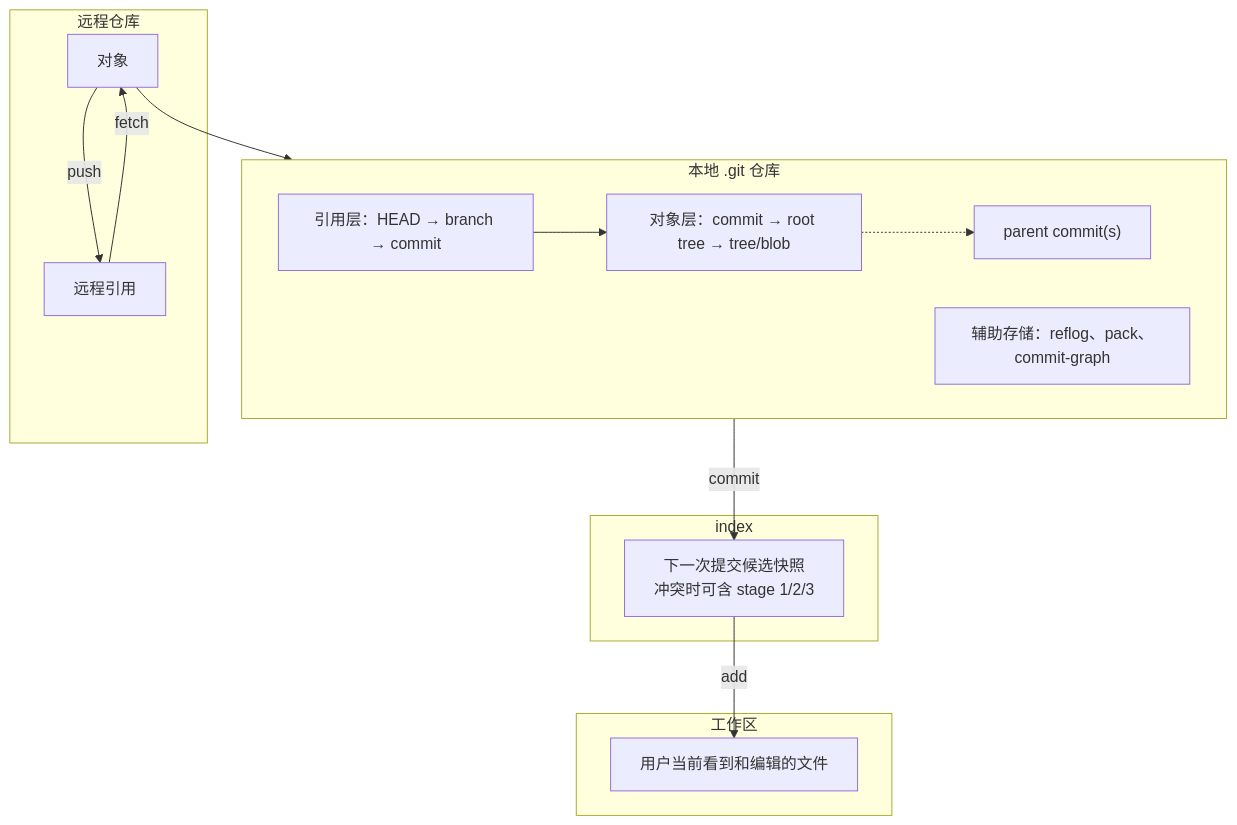
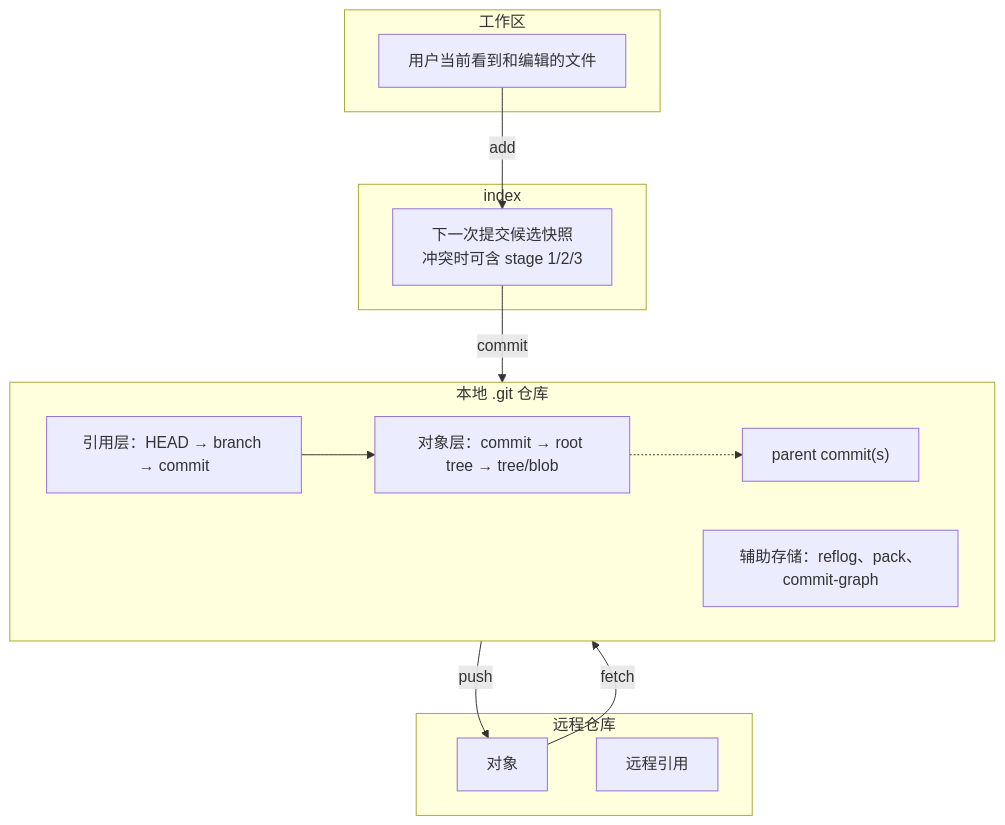
Before and after one commit to WinriseF/2025-blog-public: diagram 45 of 47 in public/blogs/git-principles-from-commit-to-mastery/index.md, drawn with Mermaid. The commit also changed other lines of this file and 3 other files, not shown here.

````diff
--- a/public/blogs/git-principles-from-commit-to-mastery/index.md
+++ b/public/blogs/git-principles-from-commit-to-mastery/index.md
@@ -2057,29 +2056,28 @@
 ```mermaid
 flowchart TD
   subgraph 远程仓库
     remote_objects["对象"]
     remote_refs["远程引用"]
   end
-  remote_refs -- fetch --> remote_objects
-  remote_objects -- push --> remote_refs
+  remote_objects -- fetch --> dotgit
+  dotgit -- push --> remote_objects
 
   subgraph dotgit["本地 .git 仓库"]
     ref_layer["引用层：HEAD → branch → commit"]
     obj_layer["对象层：commit → root tree → tree/blob"]
     obj_layer -.-> parent["parent commit(s)"]
     ref_layer --> obj_layer
     aux["辅助存储：reflog、pack、commit-graph"]
   end
 
   subgraph index_layer["index"]
     idx["下一次提交候选快照<br/>冲突时可含 stage 1/2/3"]
   end
 
   subgraph work_layer["工作区"]
     ws["用户当前看到和编辑的文件"]
   end
 
-  remote_objects --> dotgit
-  dotgit -- commit --> idx
-  idx -- add --> ws
+  idx -- commit --> dotgit
+  ws -- add --> idx
 ```
````
